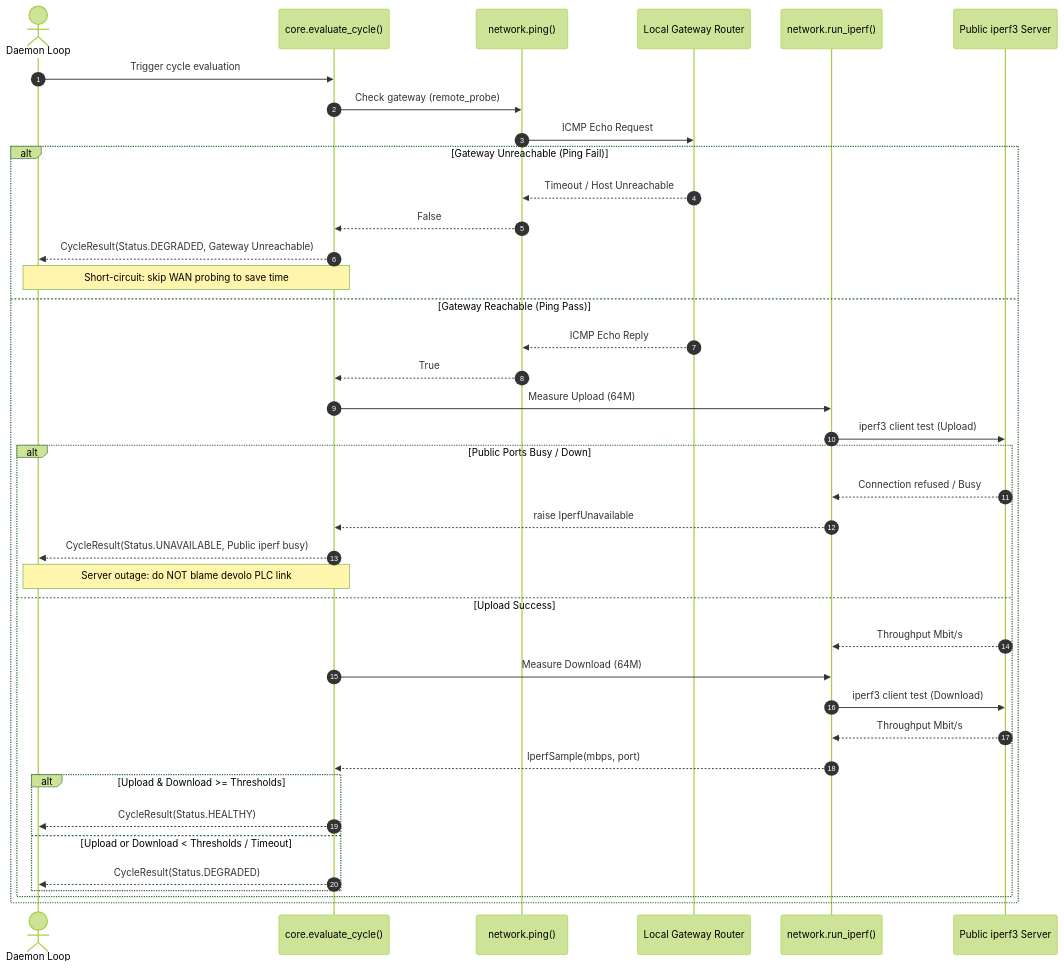
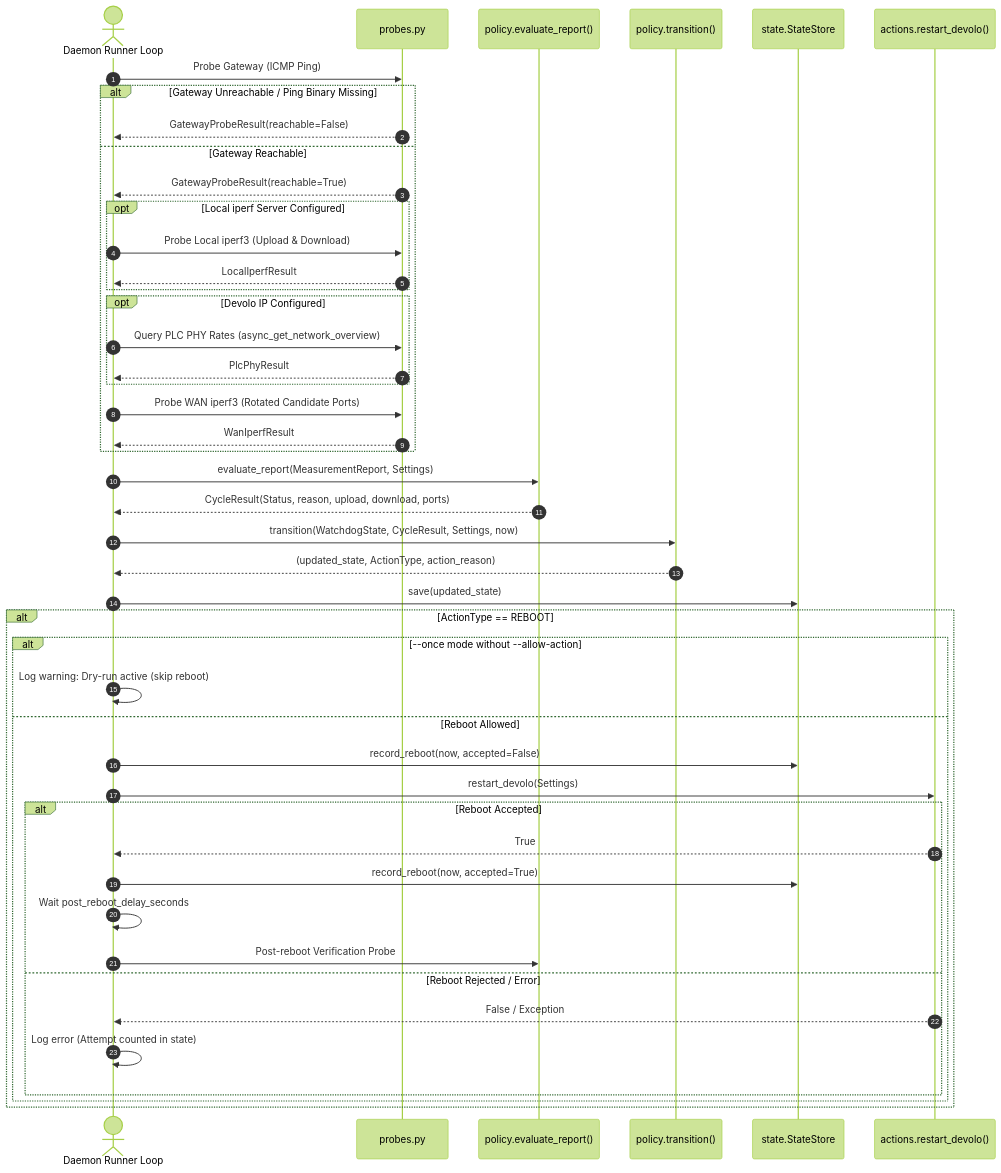
The second of 3 diagrams in README.md (valentinsviridov/devolo-throughput-watchdog), drawn with Mermaid (forest theme) before and after one commit. The commit also changed other lines of this file and 27 other files, not shown here.

````diff
--- a/README.md
+++ b/README.md
@@ -47,42 +62,53 @@
 ```mermaid
 sequenceDiagram
     autonumber
-    actor Daemon as Daemon Loop
-    participant Core as core.evaluate_cycle()
-    participant Ping as network.ping()
-    participant Gateway as Local Gateway Router
-    participant Iperf as network.run_iperf()
-    participant Server as Public iperf3 Server
+    actor Runner as Daemon Runner Loop
+    participant Probes as probes.py
+    participant Policy as policy.evaluate_report()
+    participant Transition as policy.transition()
+    participant Store as state.StateStore
+    participant Actions as actions.restart_devolo()
 
-    Daemon->>Core: Trigger cycle evaluation
-    Core->>Ping: Check gateway (remote_probe)
-    Ping->>Gateway: ICMP Echo Request
-    alt Gateway Unreachable (Ping Fail)
-        Gateway-->>Ping: Timeout / Host Unreachable
-        Ping-->>Core: False
-        Core-->>Daemon: CycleResult(Status.DEGRADED, Gateway Unreachable)
-        note over Core,Daemon: Short-circuit: skip WAN probing to save time
-    else Gateway Reachable (Ping Pass)
-        Gateway-->>Ping: ICMP Echo Reply
-        Ping-->>Core: True
-        Core->>Iperf: Measure Upload (64M)
-        Iperf->>Server: iperf3 client test (Upload)
-        alt Public Ports Busy / Down
-            Server-->>Iperf: Connection refused / Busy
-            Iperf-->>Core: raise IperfUnavailable
-            Core-->>Daemon: CycleResult(Status.UNAVAILABLE, Public iperf busy)
-            note over Core,Daemon: Server outage: do NOT blame devolo PLC link
-        else Upload Success
-            Server-->>Iperf: Throughput Mbit/s
-            Core->>Iperf: Measure Download (64M)
-            Iperf->>Server: iperf3 client test (Download)
-            Server-->>Iperf: Throughput Mbit/s
-            Iperf-->>Core: IperfSample(mbps, port)
-            alt Upload & Download >= Thresholds
-                Core-->>Daemon: CycleResult(Status.HEALTHY)
-            else Upload or Download < Thresholds / Timeout
-                Core-->>Daemon: CycleResult(Status.DEGRADED)
+    Runner->>Probes: Probe Gateway (ICMP Ping)
+    alt Gateway Unreachable / Ping Binary Missing
+        Probes-->>Runner: GatewayProbeResult(reachable=False)
+    else Gateway Reachable
+        Probes-->>Runner: GatewayProbeResult(reachable=True)
+        opt Local iperf Server Configured
+            Runner->>Probes: Probe Local iperf3 (Upload & Download)
+            Probes-->>Runner: LocalIperfResult
+        end
+        opt Devolo IP Configured
+            Runner->>Probes: Query PLC PHY Rates (async_get_network_overview)
+            Probes-->>Runner: PlcPhyResult
+        end
+        Runner->>Probes: Probe WAN iperf3 (Rotated Candidate Ports)
+        Probes-->>Runner: WanIperfResult
+    end
+
+    Runner->>Policy: evaluate_report(MeasurementReport, Settings)
+    Policy-->>Runner: CycleResult(Status, reason, upload, download, ports)
+
+    Runner->>Transition: transition(WatchdogState, CycleResult, Settings, now)
+    Transition-->>Runner: (updated_state, ActionType, action_reason)
+
+    Runner->>Store: save(updated_state)
+
+    alt ActionType == REBOOT
+        alt --once mode without --allow-action
+            Runner->>Runner: Log warning: Dry-run active (skip reboot)
+        else Reboot Allowed
+            Runner->>Store: record_reboot(now, accepted=False)
+            Runner->>Actions: restart_devolo(Settings)
+            alt Reboot Accepted
+                Actions-->>Runner: True
+                Runner->>Store: record_reboot(now, accepted=True)
+                Runner->>Runner: Wait post_reboot_delay_seconds
+                Runner->>Policy: Post-reboot Verification Probe
+            else Reboot Rejected / Error
+                Actions-->>Runner: False / Exception
+                Runner->>Runner: Log error (Attempt counted in state)
             end
         end
     end
 ```
````
